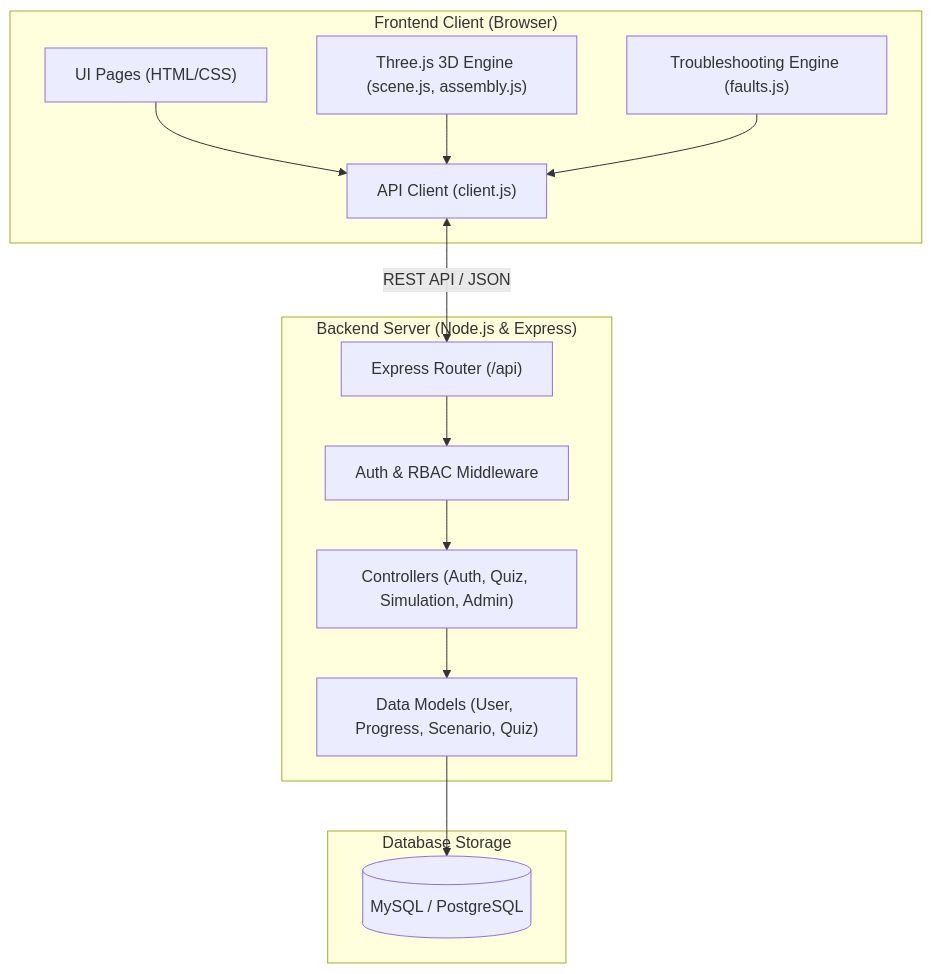
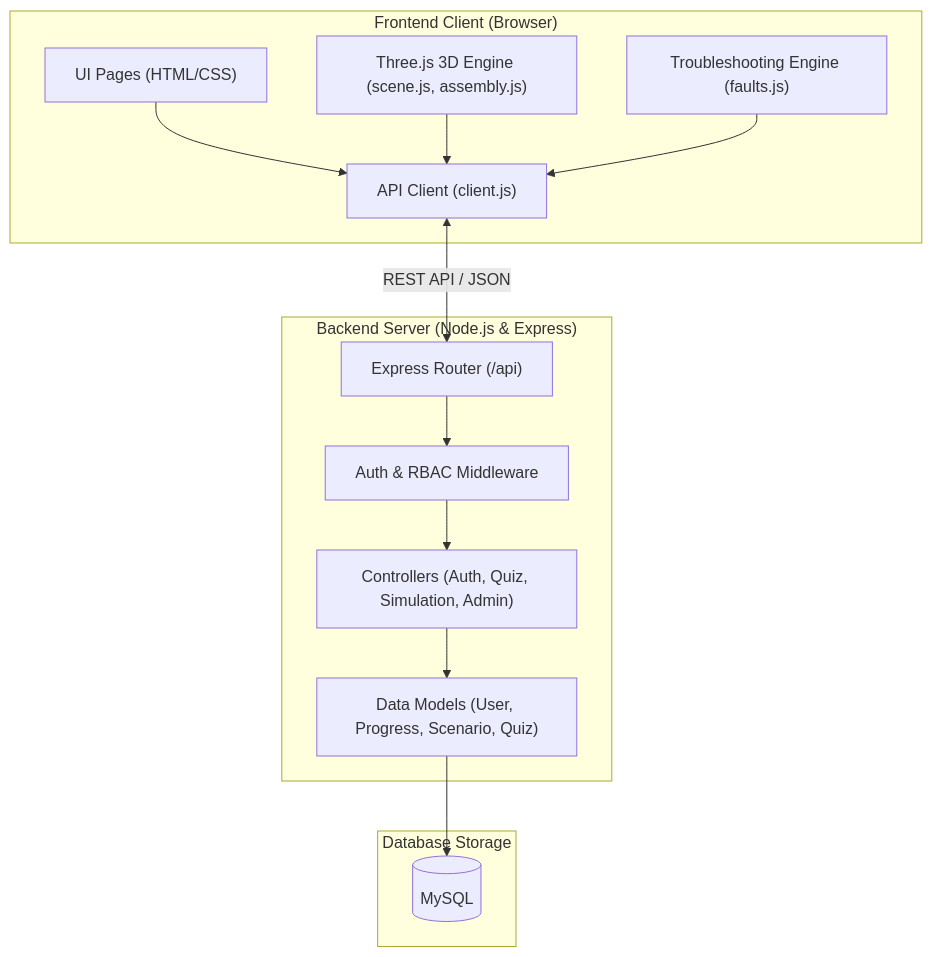
Before and after one commit to bryankennethblando/PC-CRAFT: the diagram in readme.md, drawn with Mermaid. The commit also changed other lines of this file and 47 other files, not shown here.

````diff
--- a/readme.md
+++ b/readme.md
@@ -62,28 +62,28 @@
 ```mermaid
 flowchart TD
     subgraph Client["Frontend Client (Browser)"]
         UI["UI Pages (HTML/CSS)"]
         ThreeScene["Three.js 3D Engine (scene.js, assembly.js)"]
         TroubleshootLogic["Troubleshooting Engine (faults.js)"]
         APIClient["API Client (client.js)"]
         UI --> APIClient
         ThreeScene --> APIClient
         TroubleshootLogic --> APIClient
     end
 
     subgraph Server["Backend Server (Node.js & Express)"]
         Router["Express Router (/api)"]
         AuthMid["Auth & RBAC Middleware"]
         Controllers["Controllers (Auth, Quiz, Simulation, Admin)"]
         Models["Data Models (User, Progress, Scenario, Quiz)"]
         
         Router --> AuthMid --> Controllers --> Models
     end
 
     subgraph Database["Database Storage"]
-        DB[(MySQL / PostgreSQL)]
+        DB[(MySQL)]
         Models --> DB
     end
 
     APIClient <-->|REST API / JSON| Router
 ```
````
